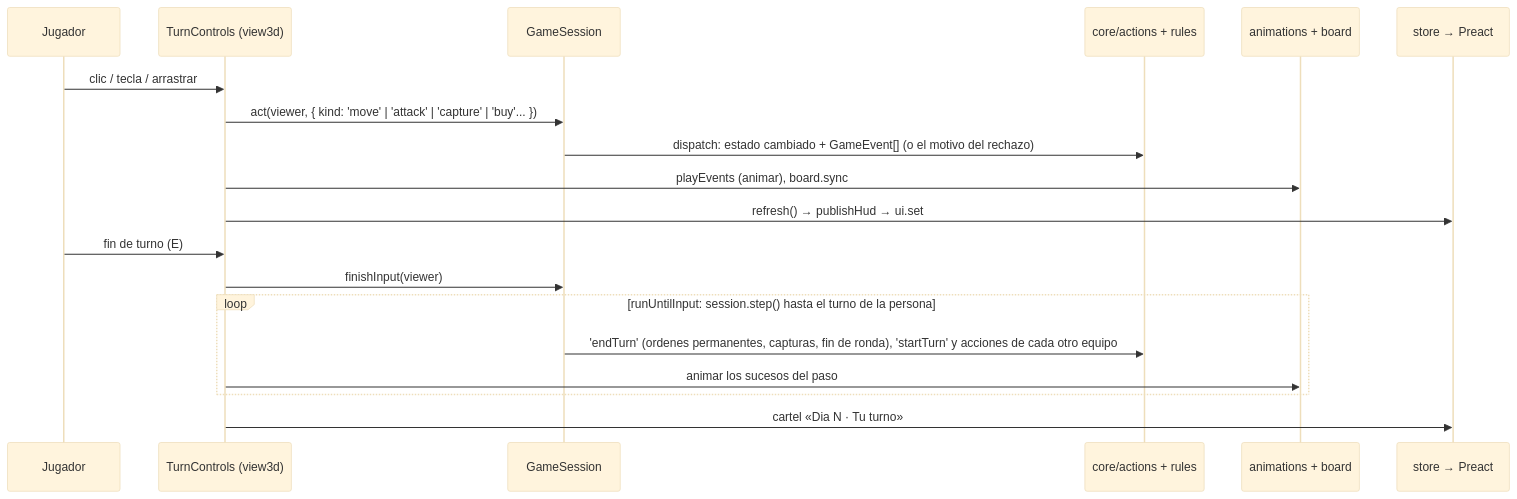
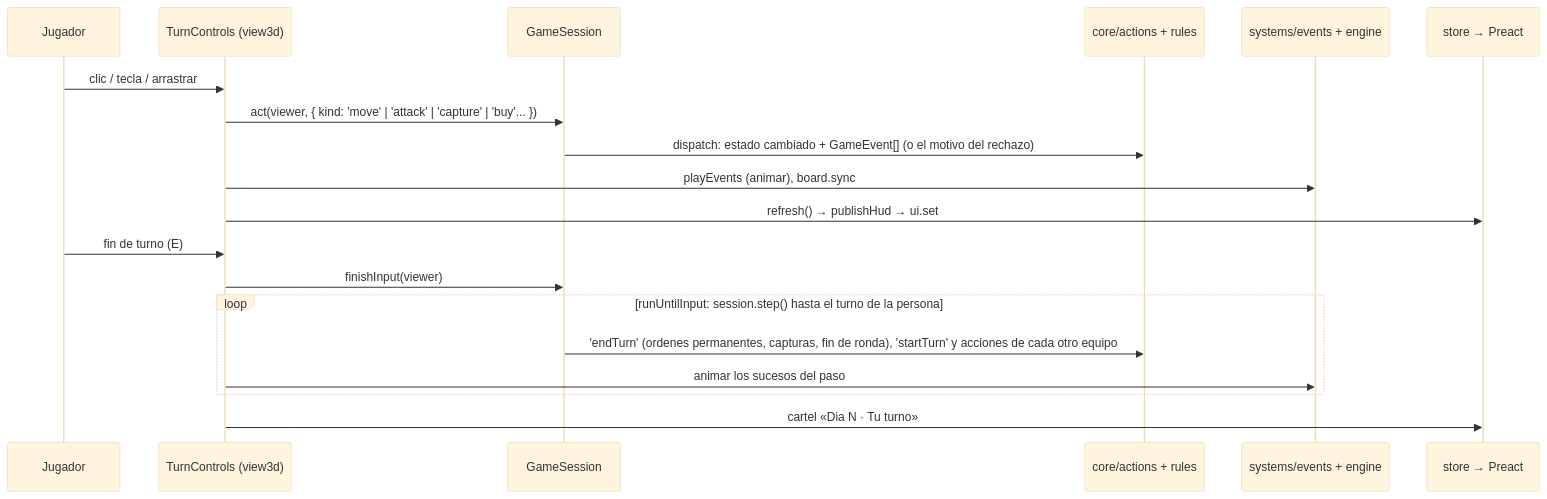
The second of 2 diagrams in docs/ARQUITECTURA.md (uSources/ilogic-remake), drawn with Mermaid (base theme) before and after one commit. The commit also changed other lines of this file and 7 other files, not shown here.

First line of the commit message:
📝 La vista 3D documentada por carpetas: app, systems, engine y ports

````diff
--- a/docs/ARQUITECTURA.md
+++ b/docs/ARQUITECTURA.md
@@ -833,22 +834,22 @@
 ```mermaid
 sequenceDiagram
   participant J as Jugador
   participant G as TurnControls (view3d)
   participant S as GameSession
   participant R as core/actions + rules
-  participant V as animations + board
+  participant V as systems/events + engine
   participant H as store → Preact
   J->>G: clic / tecla / arrastrar
   G->>S: act(viewer, { kind: 'move' | 'attack' | 'capture' | 'buy'... })
   S->>R: dispatch: estado cambiado + GameEvent[] (o el motivo del rechazo)
   G->>V: playEvents (animar), board.sync
   G->>H: refresh() → publishHud → ui.set
   J->>G: fin de turno (E)
   G->>S: finishInput(viewer)
   loop runUntilInput: session.step() hasta el turno de la persona
     S->>R: 'endTurn' (ordenes permanentes, capturas, fin de ronda), 'startTurn' y acciones de cada otro equipo
     G->>V: animar los sucesos del paso
   end
   G->>H: cartel «Dia N · Tu turno»
 
 ```
````
